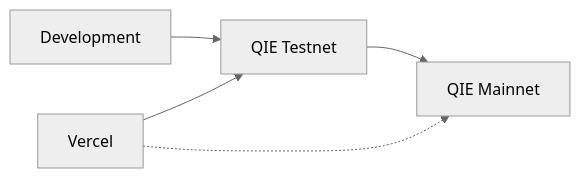
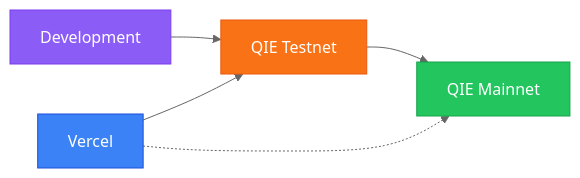
The tenth of 10 diagrams in Archiecture.md (yashodipmore/VeriChain-Identity-Protocol), drawn with Mermaid (neutral theme) before and after one commit. The commit also changed other lines of this file, not shown here.

````diff
--- a/Archiecture.md
+++ b/Archiecture.md
@@ -179,8 +216,13 @@
 ```mermaid
 flowchart LR
-    A[Development] --> B[QIE Testnet]
-    B --> C[QIE Mainnet]
+    A[Development]:::dev --> B[QIE Testnet]:::test
+    B --> C[QIE Mainnet]:::prod
     
-    D[Vercel] --> B
+    D[Vercel]:::host --> B
     D -.-> C
+
+    classDef dev fill:#8b5cf6,stroke:#7c3aed,color:#fff
+    classDef test fill:#f97316,stroke:#ea580c,color:#fff
+    classDef prod fill:#22c55e,stroke:#16a34a,color:#fff
+    classDef host fill:#3b82f6,stroke:#1d4ed8,color:#fff
 ```
````
